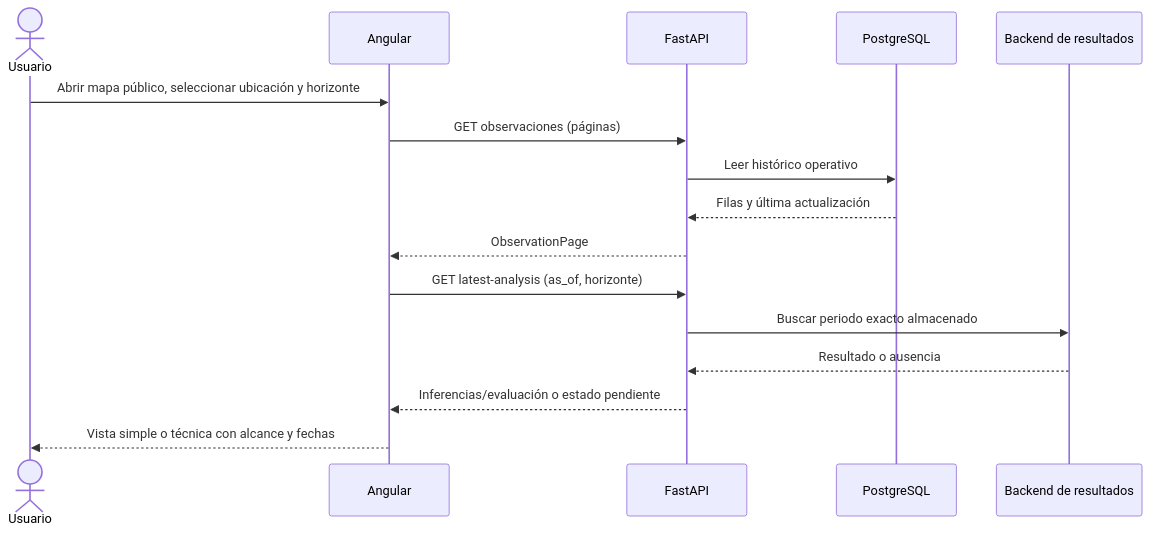
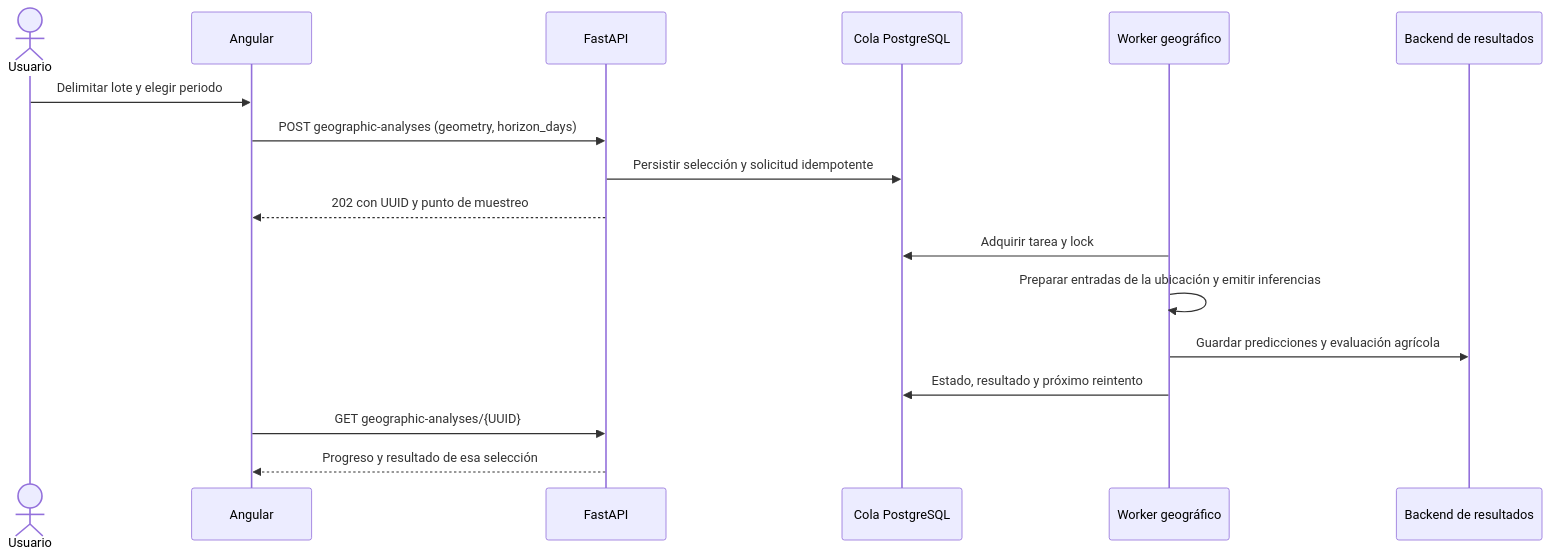
Before and after one commit to Samuelbomc/SpaceApps2026: the first of 2 diagrams in docs/architecture/flows.md, drawn with Mermaid. The commit also changed other lines of this file and 118 other files, not shown here.

````diff
--- a/docs/architecture/flows.md
+++ b/docs/architecture/flows.md
@@ -9,18 +9,19 @@
 ```mermaid
 sequenceDiagram
     actor User as Usuario
     participant Web as Angular
     participant API as FastAPI
-    participant PG as PostgreSQL
+    participant PG as Cola PostgreSQL
+    participant Worker as Worker geográfico
     participant Results as Backend de resultados
-    User->>Web: Abrir mapa público, seleccionar ubicación y horizonte
-    Web->>API: GET observaciones (páginas)
-    API->>PG: Leer histórico operativo
-    PG-->>API: Filas y última actualización
-    API-->>Web: ObservationPage
-    Web->>API: GET latest-analysis (as_of, horizonte)
-    API->>Results: Buscar periodo exacto almacenado
-    Results-->>API: Resultado o ausencia
-    API-->>Web: Inferencias/evaluación o estado pendiente
-    Web-->>User: Vista simple o técnica con alcance y fechas
+    User->>Web: Delimitar lote y elegir periodo
+    Web->>API: POST geographic-analyses (geometry, horizon_days)
+    API->>PG: Persistir selección y solicitud idempotente
+    API-->>Web: 202 con UUID y punto de muestreo
+    Worker->>PG: Adquirir tarea y lock
+    Worker->>Worker: Preparar entradas de la ubicación y emitir inferencias
+    Worker->>Results: Guardar predicciones y evaluación agrícola
+    Worker->>PG: Estado, resultado y próximo reintento
+    Web->>API: GET geographic-analyses/{UUID}
+    API-->>Web: Progreso y resultado de esa selección
 ```
````
